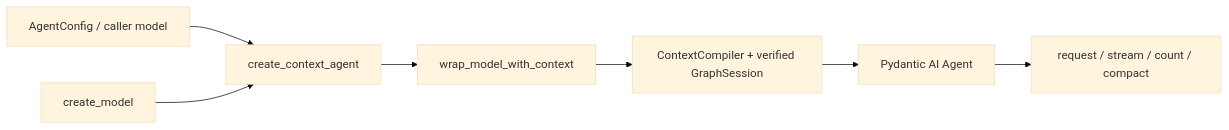
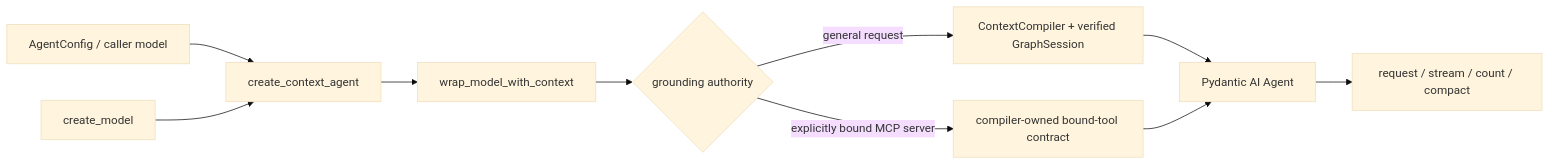
One commit to Knuckles-Team/agent-utilities changed the diagram in docs/architecture/mandatory-context-compiler.md. Above: the diagram before and after it, drawn with Mermaid (base theme). The commit also changed other lines of this file and 13 other files, not shown here.

Commit message:
fix(graph): bound focused grounding and task timeout ownership

````diff
--- a/docs/architecture/mandatory-context-compiler.md
+++ b/docs/architecture/mandatory-context-compiler.md
@@ -11,9 +11,12 @@
 ```mermaid
 flowchart LR
     Config[AgentConfig / caller model] --> Boundary[create_context_agent]
     Factory[create_model] --> Boundary
     Boundary --> Wrapper[wrap_model_with_context]
-    Wrapper --> Compiler[ContextCompiler + verified GraphSession]
+    Wrapper --> Mode{grounding authority}
+    Mode -->|general request| Compiler[ContextCompiler + verified GraphSession]
+    Mode -->|explicitly bound MCP server| ToolGrounding[compiler-owned bound-tool contract]
     Compiler --> Agent[Pydantic AI Agent]
+    ToolGrounding --> Agent
     Agent --> Transport[request / stream / count / compact]
 ```
````
